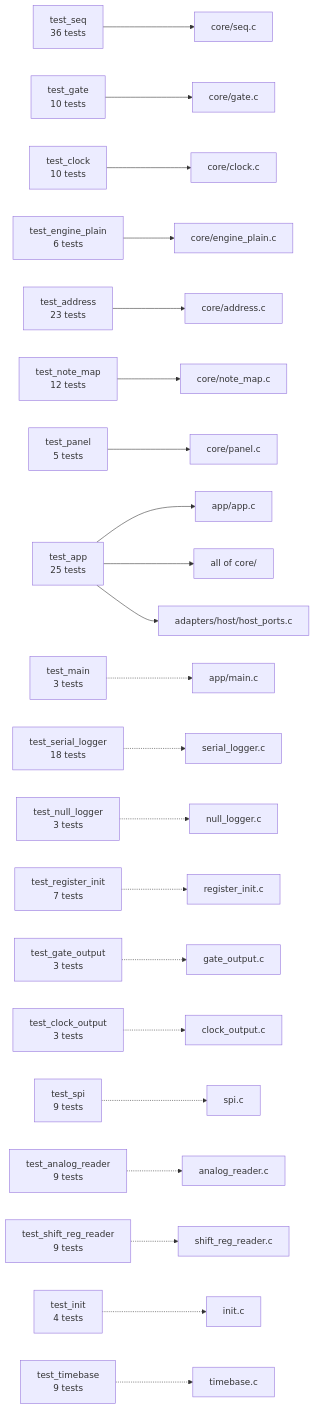
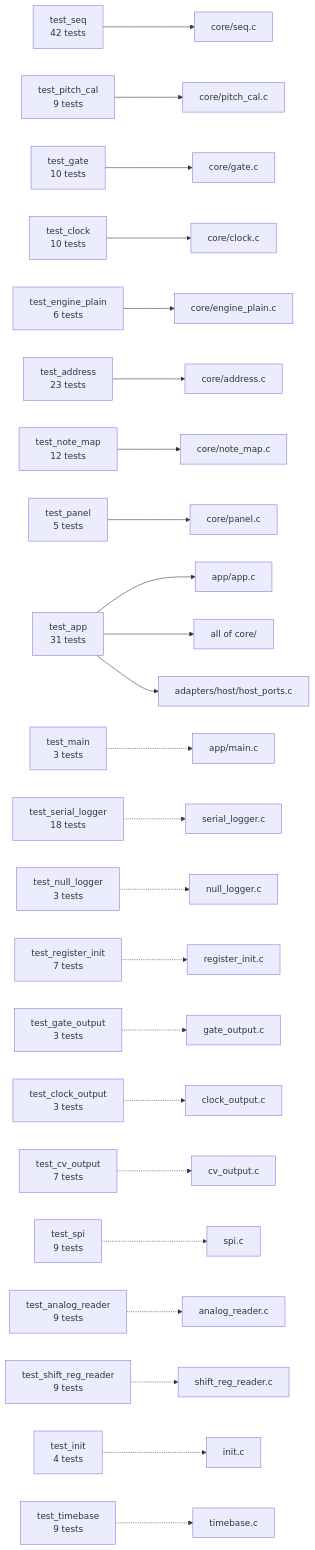
Diagram 17 of 21 in docs/ARCHITECTURE.md (BonelessPig/nano_sequencer), drawn with Mermaid before and after one commit. The commit also changed other lines of this file and 34 other files, not shown here.

````diff
--- a/docs/ARCHITECTURE.md
+++ b/docs/ARCHITECTURE.md
@@ -622,24 +683,26 @@
 ```mermaid
 flowchart LR
-    t_seq["test_seq<br/>36 tests"] --> seq["core/seq.c"]
+    t_seq["test_seq<br/>42 tests"] --> seq["core/seq.c"]
+    t_cal["test_pitch_cal<br/>9 tests"] --> cal["core/pitch_cal.c"]
     t_gate["test_gate<br/>10 tests"] --> gate["core/gate.c"]
     t_clock["test_clock<br/>10 tests"] --> clock["core/clock.c"]
     t_engine["test_engine_plain<br/>6 tests"] --> engine["core/engine_plain.c"]
     t_address["test_address<br/>23 tests"] --> address["core/address.c"]
     t_note["test_note_map<br/>12 tests"] --> note["core/note_map.c"]
     t_panel["test_panel<br/>5 tests"] --> panel["core/panel.c"]
-    t_app["test_app<br/>25 tests"] --> app["app/app.c"]
+    t_app["test_app<br/>31 tests"] --> app["app/app.c"]
     t_app --> core["all of core/"]
     t_app --> hostp["adapters/host/host_ports.c"]
     t_main["test_main<br/>3 tests"] -.-> mainc["app/main.c"]
     t_ser["test_serial_logger<br/>18 tests"] -.-> ser["serial_logger.c"]
     t_null["test_null_logger<br/>3 tests"] -.-> nul["null_logger.c"]
     t_reg["test_register_init<br/>7 tests"] -.-> reg["register_init.c"]
     t_gout["test_gate_output<br/>3 tests"] -.-> gout["gate_output.c"]
     t_cout["test_clock_output<br/>3 tests"] -.-> cout["clock_output.c"]
+    t_cv["test_cv_output<br/>7 tests"] -.-> cv["cv_output.c"]
     t_spi["test_spi<br/>9 tests"] -.-> spi["spi.c"]
     t_adc["test_analog_reader<br/>9 tests"] -.-> adc["analog_reader.c"]
     t_shift["test_shift_reg_reader<br/>9 tests"] -.-> shift["shift_reg_reader.c"]
     t_init["test_init<br/>4 tests"] -.-> init["init.c"]
     t_time["test_timebase<br/>9 tests"] -.-> time["timebase.c"]
 ```
````
